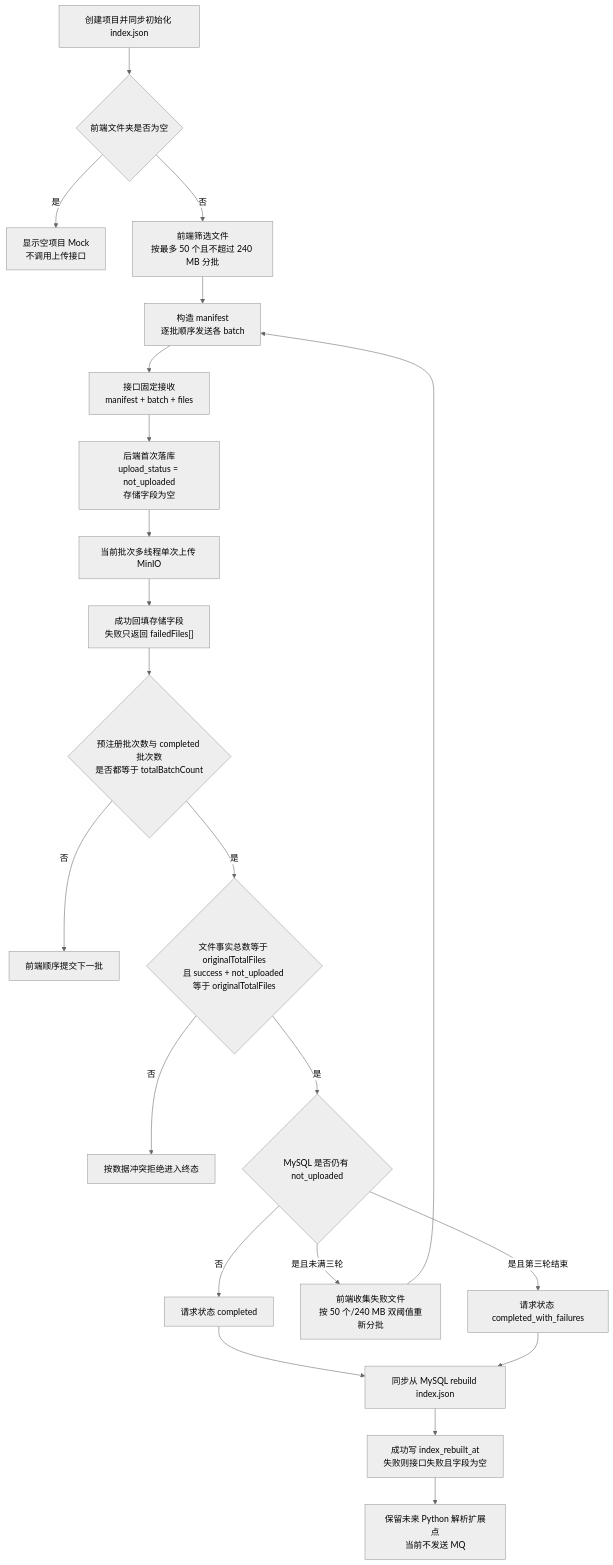
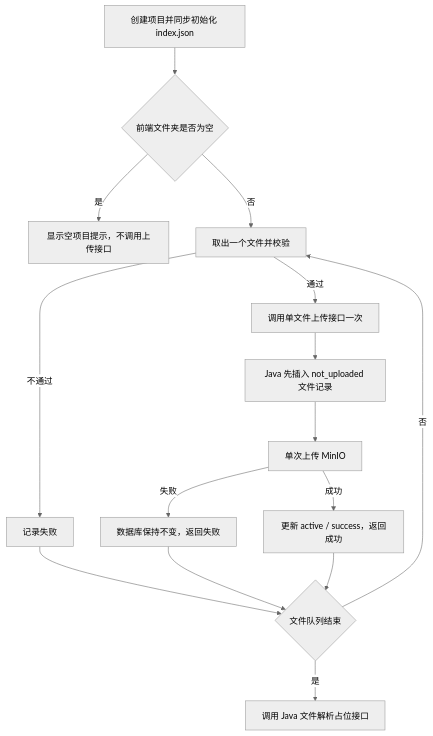
Before and after one commit to ningningsenpai/PM-AGENT: the diagram in docs/03-业务流程.md, drawn with Mermaid (neutral theme). The commit also changed other lines of this file and 80 other files, not shown here.

````diff
--- a/docs/03-业务流程.md
+++ b/docs/03-业务流程.md
@@ -199,24 +199,17 @@
-~~~mermaid
+```mermaid
 flowchart TD
     A["创建项目并同步初始化 index.json"] --> B{"前端文件夹是否为空"}
-    B -->|是| C["显示空项目 Mock<br/>不调用上传接口"]
-    B -->|否| D["前端筛选文件<br/>按最多 50 个且不超过 240 MB 分批"]
-    D --> E["构造 manifest<br/>逐批顺序发送各 batch"]
-    E --> F0["接口固定接收<br/>manifest + batch + files"]
-    F0 --> F["后端首次落库<br/>upload_status = not_uploaded<br/>存储字段为空"]
-    F --> G["当前批次多线程单次上传 MinIO"]
-    G --> H["成功回填存储字段<br/>失败只返回 failedFiles[]"]
-    H --> I{"预注册批次数与 completed 批次数<br/>是否都等于 totalBatchCount"}
-    I -->|否| I0["前端顺序提交下一批"]
-    I -->|是| I1{"文件事实总数等于 originalTotalFiles<br/>且 success + not_uploaded 等于 originalTotalFiles"}
-    I1 -->|否| I2["按数据冲突拒绝进入终态"]
-    I1 -->|是| J{"MySQL 是否仍有 not_uploaded"}
-    J -->|否| K0["请求状态 completed"]
-    J -->|是且未满三轮| L["前端收集失败文件<br/>按 50 个/240 MB 双阈值重新分批"]
-    L --> E
-    J -->|是且第三轮结束| K1["请求状态 completed_with_failures"]
-    K0 --> K["同步从 MySQL rebuild index.json"]
-    K1 --> K
-    K --> M["成功写 index_rebuilt_at<br/>失败则接口失败且字段为空"]
-    M --> N["保留未来 Python 解析扩展点<br/>当前不发送 MQ"]
-~~~
+    B -->|是| C["显示空项目提示，不调用上传接口"]
+    B -->|否| D["取出一个文件并校验"]
+    D -->|不通过| E["记录失败"]
+    D -->|通过| F["调用单文件上传接口一次"]
+    F --> G["Java 先插入 not_uploaded 文件记录"]
+    G --> H["单次上传 MinIO"]
+    H -->|失败| I["数据库保持不变，返回失败"]
+    H -->|成功| J["更新 active / success，返回成功"]
+    E --> K{"文件队列结束"}
+    I --> K
+    J --> K
+    K -->|否| D
+    K -->|是| L["调用 Java 文件解析占位接口"]
+```
````
